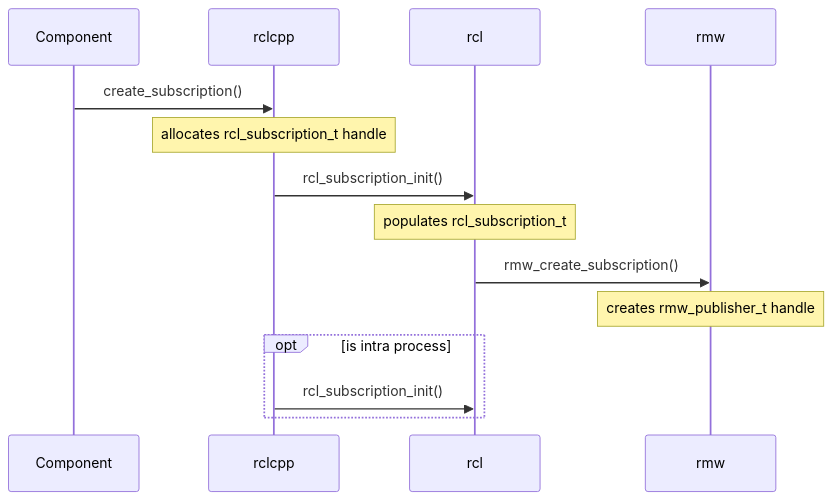
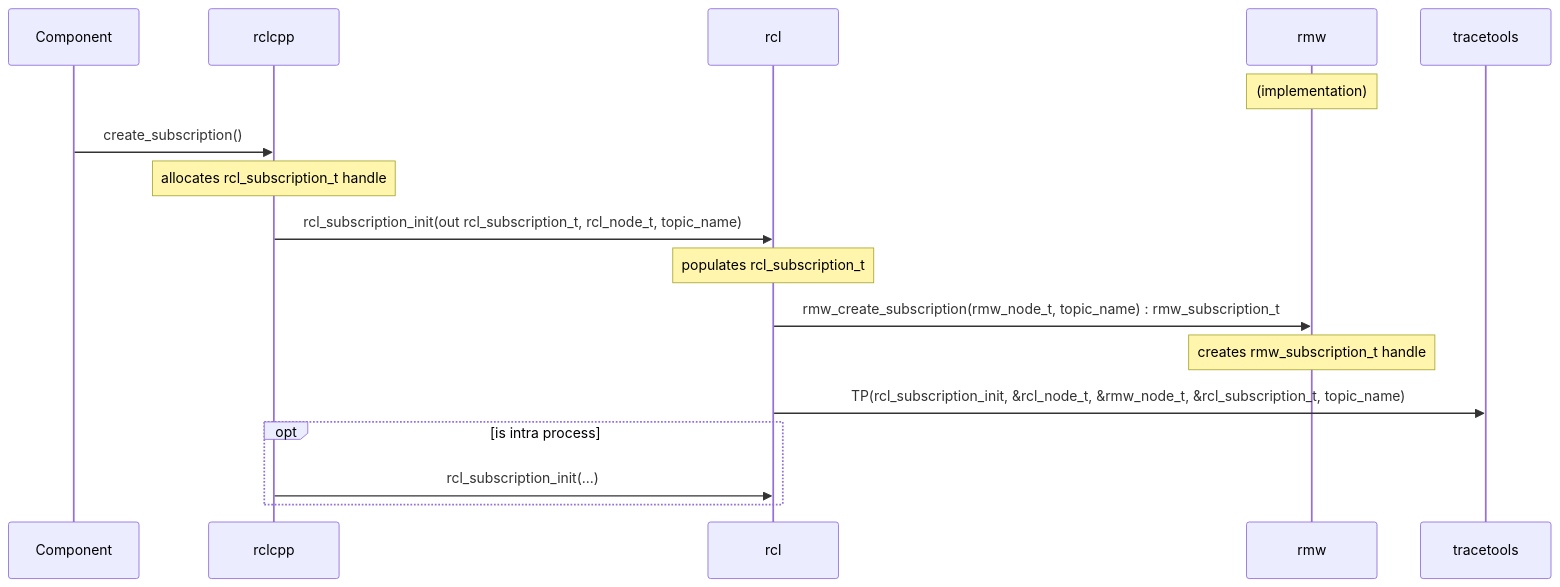
One commit to ros2/ros2_tracing changed the fourth of 6 diagrams in doc/ros_2.md. Above: the diagram before and after it, drawn with Mermaid. The commit also changed other lines of this file, not shown here.

````diff
--- a/doc/ros_2.md
+++ b/doc/ros_2.md
@@ -94,18 +107,23 @@
 ```mermaid
 sequenceDiagram
     participant Component
     participant rclcpp
     participant rcl
     participant rmw
+    participant tracetools
+
+    Note over rmw: (implementation)
 
     Component->>rclcpp: create_subscription()
     Note over rclcpp: allocates rcl_subscription_t handle
-    rclcpp->>rcl: rcl_subscription_init()
+    rclcpp->>rcl: rcl_subscription_init(out rcl_subscription_t, rcl_node_t, topic_name)
     Note over rcl: populates rcl_subscription_t
-    rcl->>rmw: rmw_create_subscription()
-    Note over rmw: creates rmw_publisher_t handle
+    rcl->>rmw: rmw_create_subscription(rmw_node_t, topic_name) : rmw_subscription_t
+    Note over rmw: creates rmw_subscription_t handle
+
+    rcl->>tracetools: TP(rcl_subscription_init, &rcl_node_t, &rmw_node_t, &rcl_subscription_t, topic_name)
 
     opt is intra process
-        rclcpp->>rcl: rcl_subscription_init()
+        rclcpp->>rcl: rcl_subscription_init(...)
     end
 ```
````
